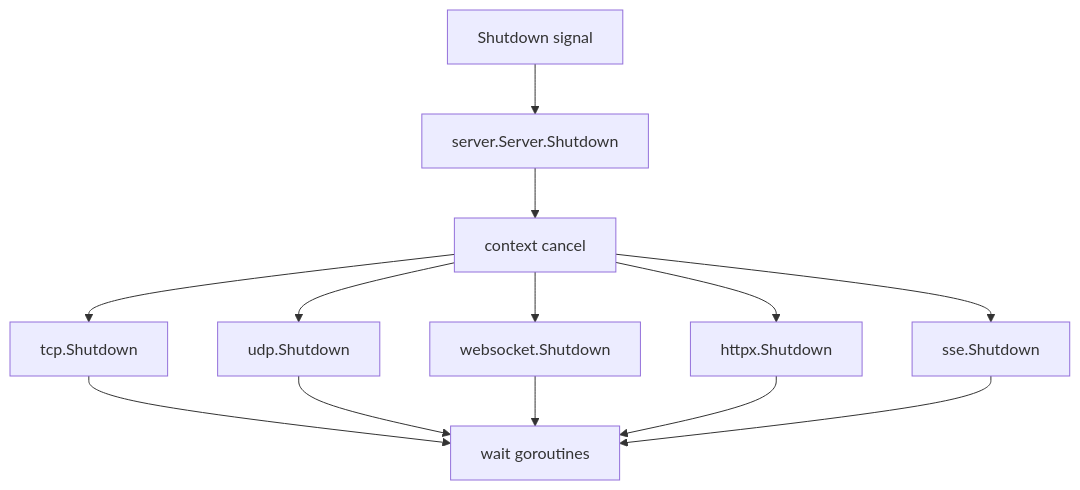
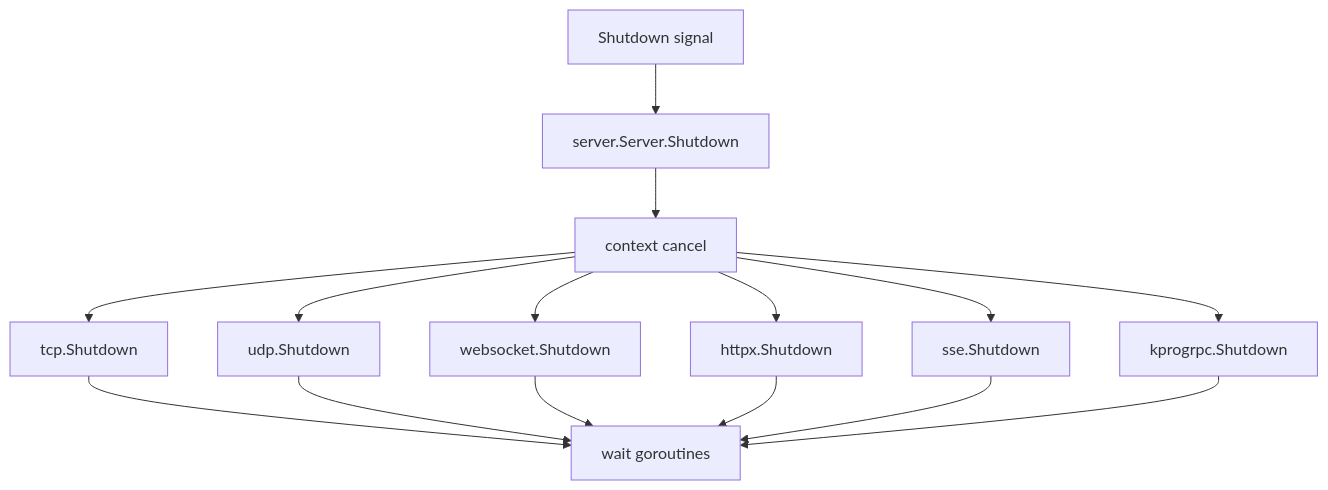
One commit to saramand9/kpro changed the eighth of 8 diagrams in docs/call-flow.md. Above: the diagram before and after it, drawn with Mermaid. The commit also changed other lines of this file and 42 other files, not shown here.

````diff
--- a/docs/call-flow.md
+++ b/docs/call-flow.md
@@ -196,15 +205,17 @@
 ```mermaid
 flowchart TD
     Signal[Shutdown signal] --> AppShutdown[server.Server.Shutdown]
     AppShutdown --> Cancel[context cancel]
     Cancel --> TCPShutdown[tcp.Shutdown]
     Cancel --> UDPShutdown[udp.Shutdown]
     Cancel --> WSShutdown[websocket.Shutdown]
     Cancel --> HTTPShutdown[httpx.Shutdown]
     Cancel --> SSEShutdown[sse.Shutdown]
+    Cancel --> GRPCShutdown[kprogrpc.Shutdown]
     TCPShutdown --> Done[wait goroutines]
     UDPShutdown --> Done
     WSShutdown --> Done
     HTTPShutdown --> Done
     SSEShutdown --> Done
+    GRPCShutdown --> Done
 ```
````
